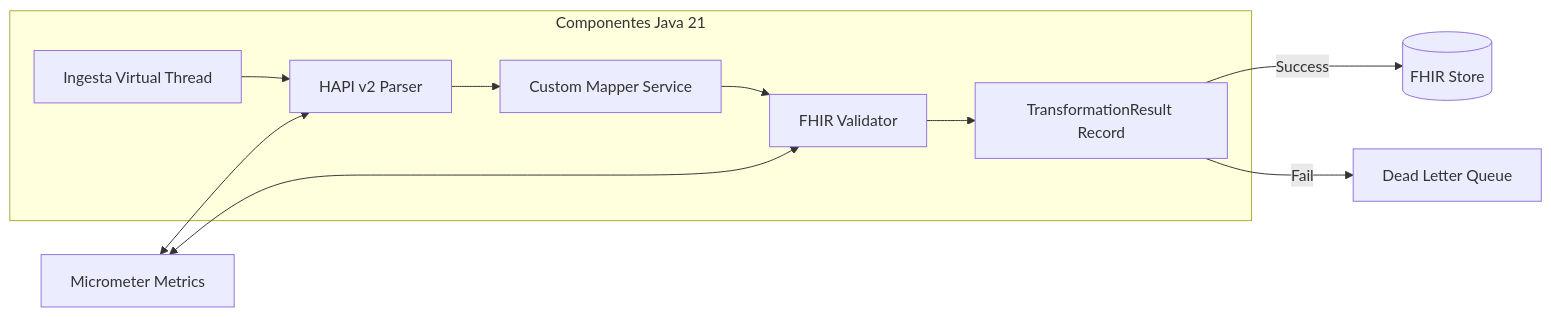
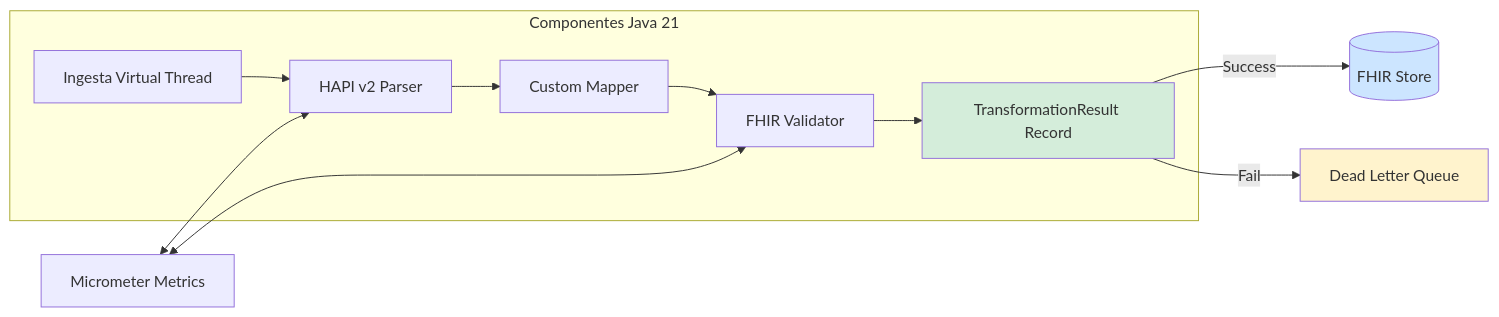
One commit to Joaquinriosheredia/DAM-Java-Mastery changed the second of 3 diagrams in 09_HealthTech/interoperabilidad_sanitaria_fhir_r4_spring_boot_3_STAFF.md. Above: the diagram before and after it, drawn with Mermaid. The commit also changed other lines of this file, not shown here.

````diff
--- a/09_HealthTech/interoperabilidad_sanitaria_fhir_r4_spring_boot_3_STAFF.md
+++ b/09_HealthTech/interoperabilidad_sanitaria_fhir_r4_spring_boot_3_STAFF.md
@@ -109,15 +148,19 @@
 ```mermaid
 graph LR
     subgraph "Componentes Java 21"
         ING[Ingesta Virtual Thread] --> PARSER[HAPI v2 Parser]
-        PARSER --> MAPPER[Custom Mapper Service]
+        PARSER --> MAPPER[Custom Mapper]
         MAPPER --> VALIDATOR[FHIR Validator]
         VALIDATOR --> RESULT[TransformationResult Record]
     end
     
     RESULT -->|Success| DB[(FHIR Store)]
     RESULT -->|Fail| DLQ[Dead Letter Queue]
     
     MET[Micrometer Metrics] <--> PARSER
     MET <--> VALIDATOR
+    
+    style RESULT fill:#d4edda
+    style DB fill:#cce5ff
+    style DLQ fill:#fff3cd
 ```
````
